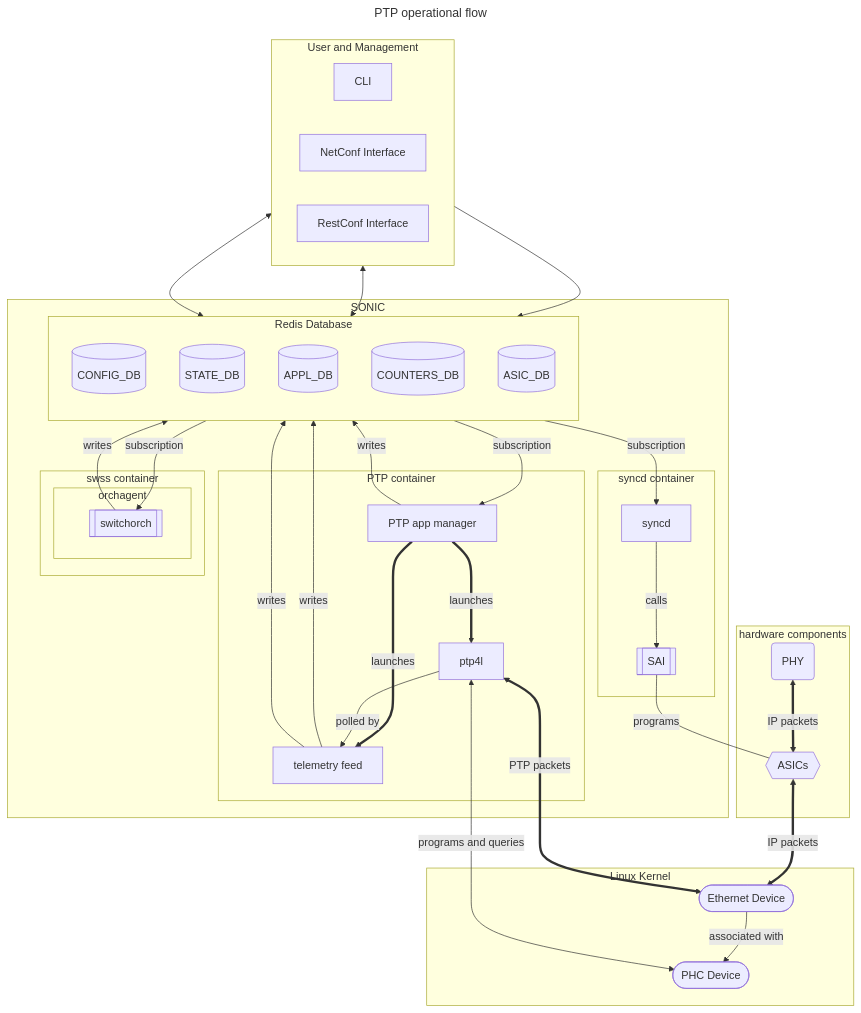
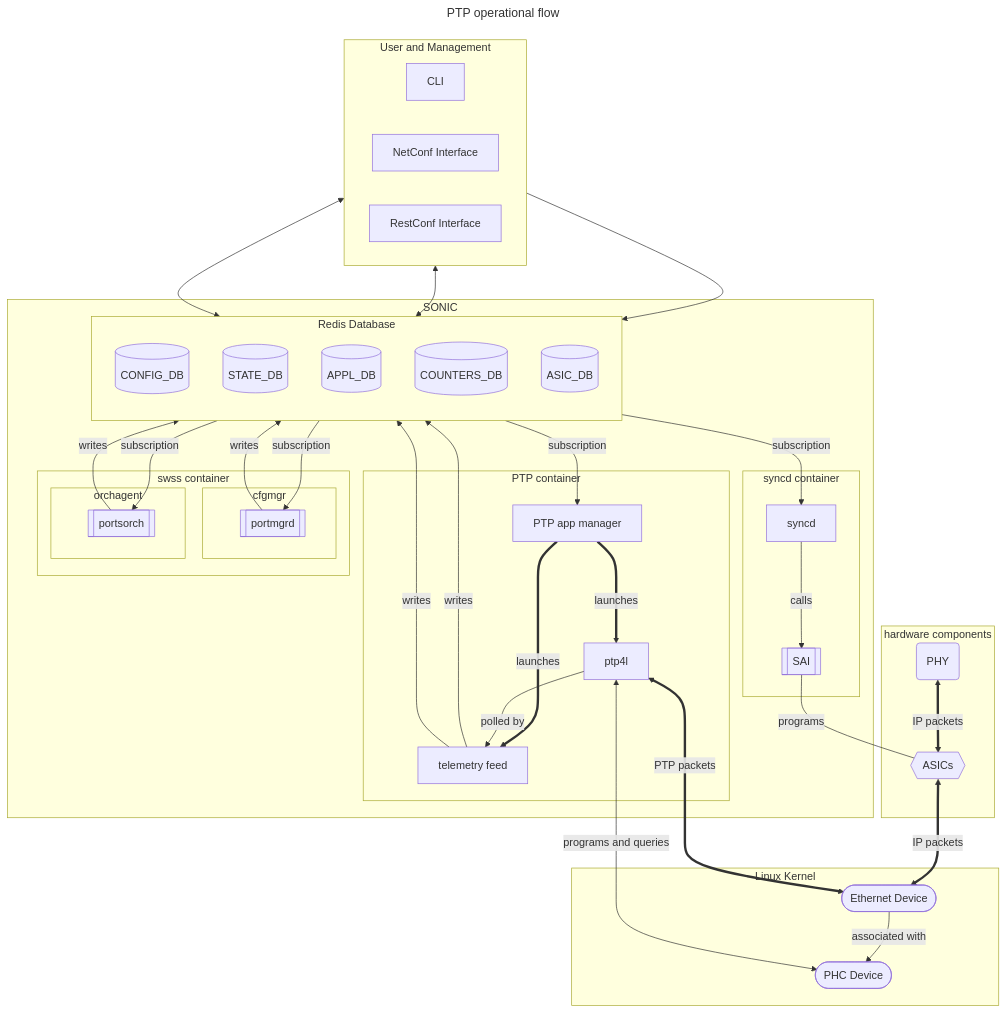
One commit to sonic-net/SONiC changed the diagram in doc/ptp/ptp-hld.md. Above: the diagram before and after it, drawn with Mermaid.

Commit message:
operational flow diagram for portmgr and portsorch operation

````diff
--- a/doc/ptp/ptp-hld.md
+++ b/doc/ptp/ptp-hld.md
@@ -114,72 +114,76 @@
 ```mermaid
 ---
 title: PTP operational flow
 ---
   flowchart TB
     subgraph input[User and Management]
       cli[CLI]
       netconf[NetConf Interface]
       restconf[RestConf Interface]
     end
 
     subgraph SONIC
       subgraph redis[Redis Database]
         direction TB
         config_db[(CONFIG_DB)]
         state_db[(STATE_DB)]
         appl_db[(APPL_DB)]
         counter_db[(COUNTERS_DB)]
         asic_db[(ASIC_DB)]
       end
 
       subgraph ptp[PTP container]
         appcfg[PTP app manager]
         ptp4l[ptp4l]
         telemetry_[telemetry feed]
 
         appcfg== launches ==>ptp4l
         appcfg== launches ==>telemetry_
         ptp4l-->|polled by|telemetry_
       end
 
       subgraph syncd container
         syncd[syncd]
         sai[[SAI]]
 
         syncd-- calls -->sai
       end
 
       subgraph swss_service[swss container]
+        subgraph cfgmgr
+          portmgrd[[portmgrd]]
+        end
         subgraph orchagent
-          switchorch[[switchorch]]
+          portsorch[[portsorch]]
         end
       end
     end
 
     subgraph kernel[Linux Kernel]
       eth_dev([Ethernet Device])
       phc_dev([PHC Device])
       eth_dev-->|associated with|phc_dev
     end
 
     subgraph hardware[hardware components]
       phy(PHY)
       asic_dev{{ASICs}}
       phy<==>|IP packets|asic_dev
     end
 
     config_db-- subscription -->appcfg
-    appcfg-- writes -->appl_db
-    appl_db-- subscription -->switchorch
-    switchorch-- writes -->asic_db
+    config_db-- subscription -->portmgrd
+    portmgrd-- writes -->appl_db
+    appl_db-- subscription -->portsorch
+    portsorch-- writes -->asic_db
     asic_db-- subscription -->syncd
     sai-- programs ---asic_dev
     asic_dev<==>|IP packets|eth_dev
     input-->config_db
     input<-->state_db
     input<-->counter_db
     telemetry_-- writes -->state_db
     telemetry_-- writes -->counter_db
     ptp4l<==>|PTP packets|eth_dev
     ptp4l<-->|programs and queries|phc_dev
 ```
````
